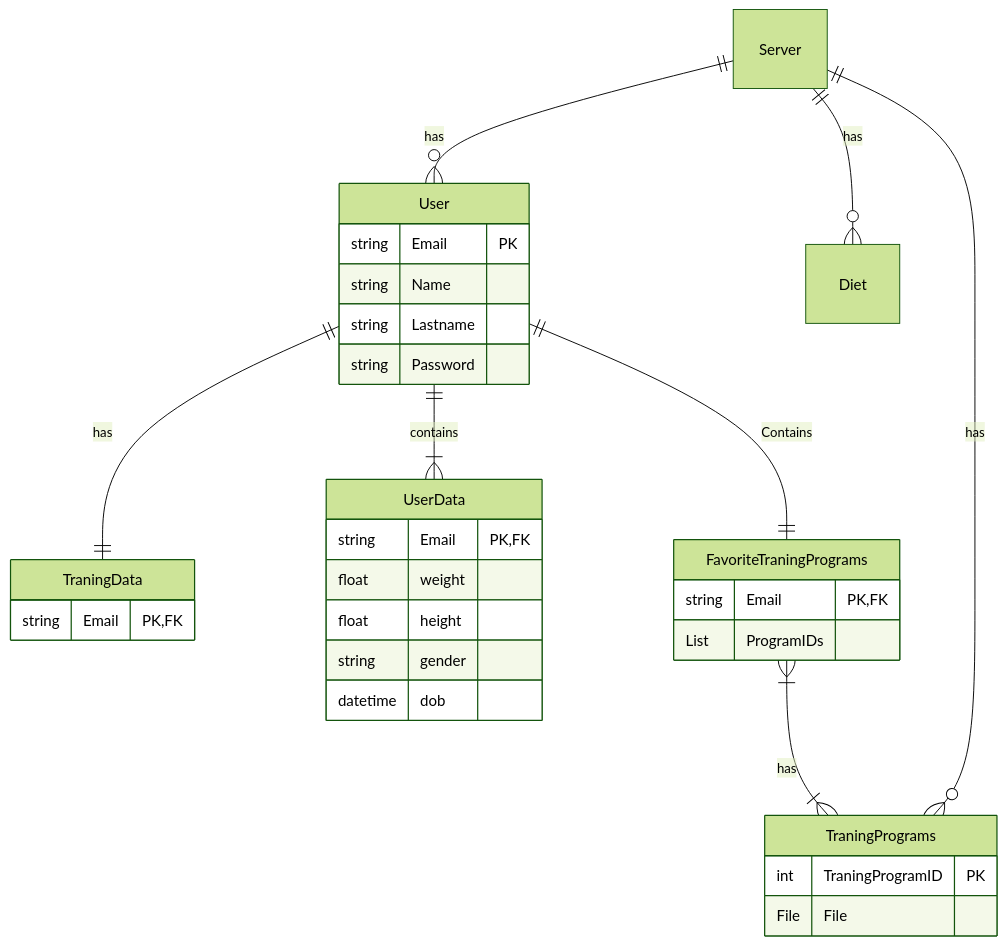
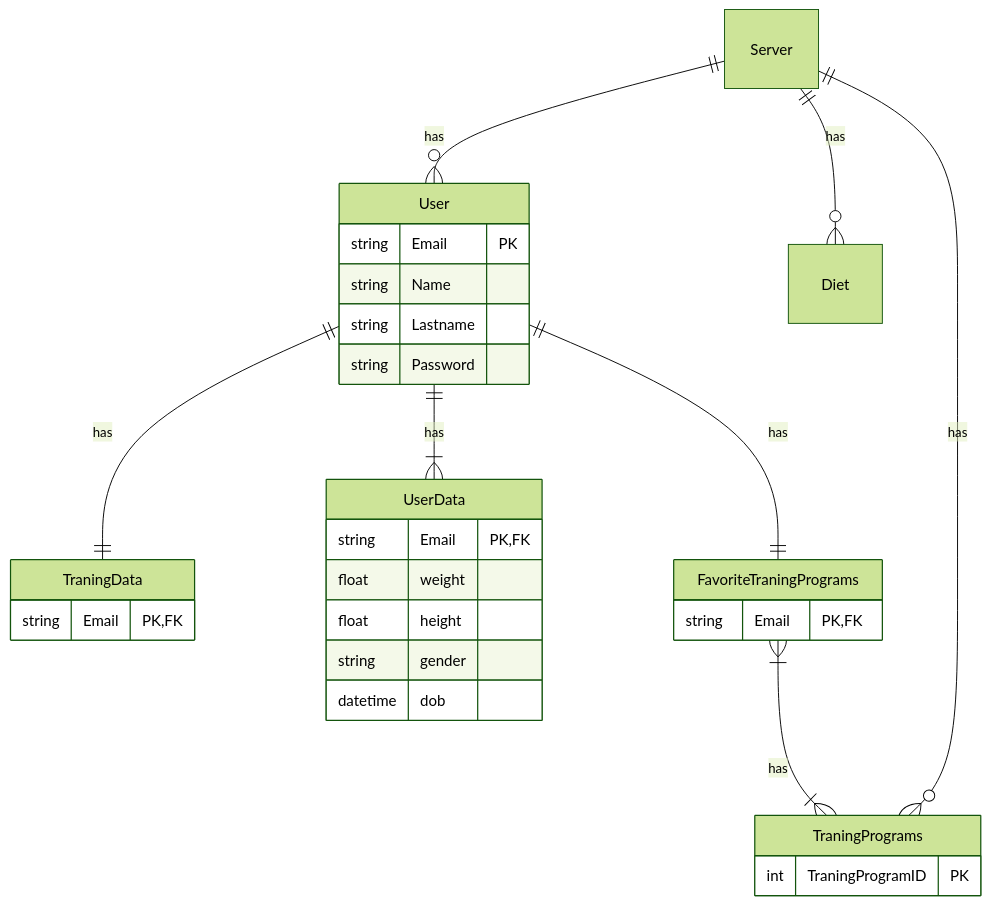
The diagram in Diagrammer/Design/DesignDatabase.md (kamar-dk/Sem.Project4), drawn with Mermaid (forest theme) before and after one commit.

````diff
--- a/Diagrammer/Design/DesignDatabase.md
+++ b/Diagrammer/Design/DesignDatabase.md
@@ -1,51 +1,48 @@
 ```mermaid
 erDiagram
 
 User {
     string Email PK
     string Name
     string Lastname
     string Password
 }
 
 TraningData {
     string Email PK, FK
 }
 
 UserData {
     string Email PK, FK
     float weight
     float height
     string gender
     datetime dob
 }
 
 FavoriteTraningPrograms {
     string Email PK, FK
-    List ProgramIDs
 }
 
 Server {
 
 
 }
 
 TraningPrograms {
     int TraningProgramID PK
-    File File
-
 }
 
 Diet {
 
 }
 
 User ||--|| TraningData : has
-User ||--|{ UserData : contains
-User ||--|| FavoriteTraningPrograms : Contains
+User ||--|{ UserData : has
+User ||--|| FavoriteTraningPrograms : has
 FavoriteTraningPrograms }|--|{ TraningPrograms : has
 Server ||--o{ TraningPrograms : has
 Server ||--o{ User : has
 Server ||--o{ Diet : has
 
 ```
````
